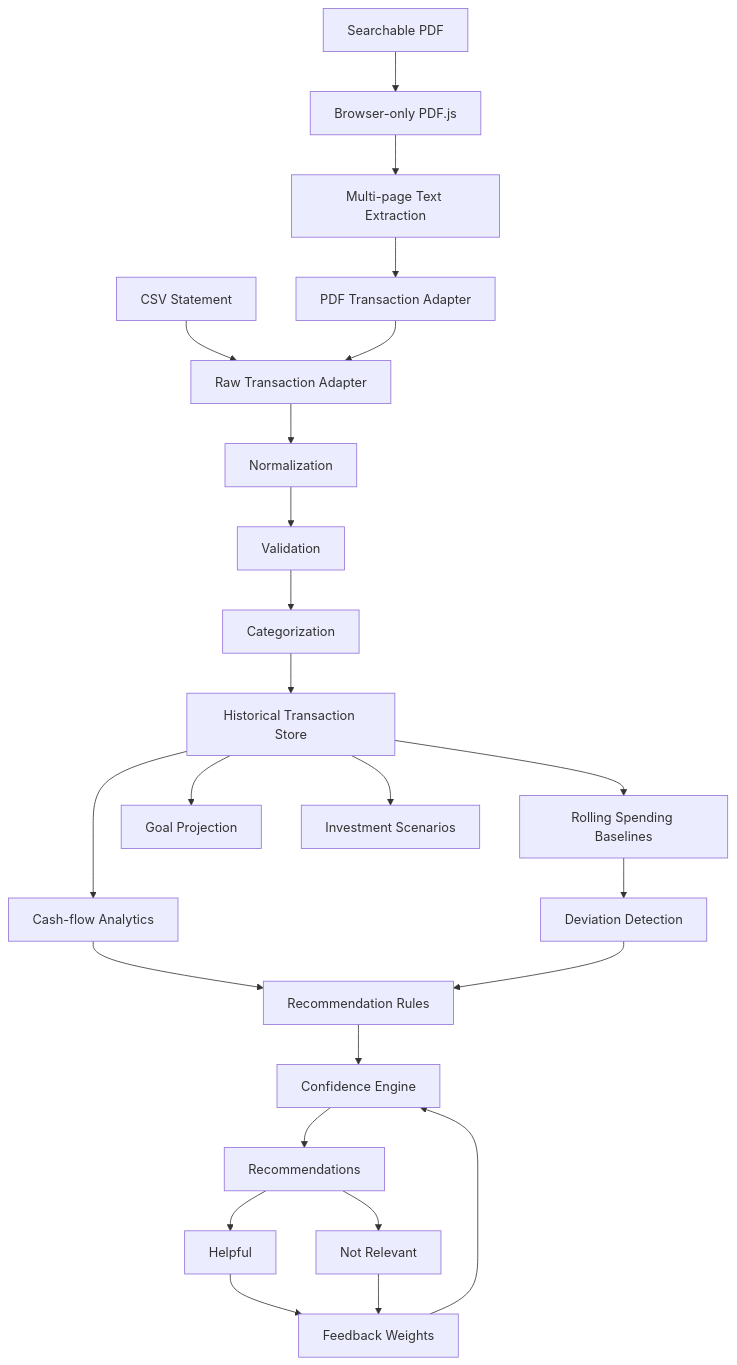
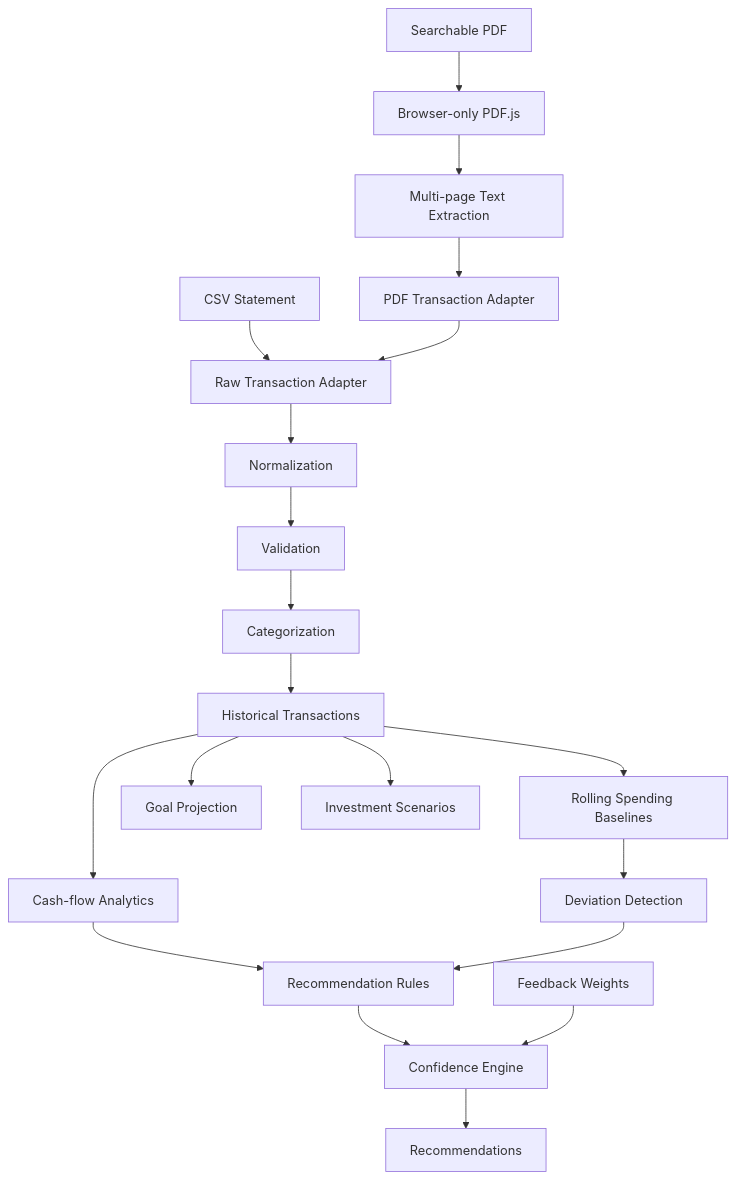
One commit to PerpsAkach/wealth-compass changed the diagram in README.md. Above: the diagram before and after it, drawn with Mermaid. The commit also changed other lines of this file, not shown here.

````diff
--- a/README.md
+++ b/README.md
@@ -40,30 +56,26 @@
 ```mermaid
 flowchart TD
     A[CSV Statement] --> C[Raw Transaction Adapter]
     B[Searchable PDF] --> B1[Browser-only PDF.js]
     B1 --> B2[Multi-page Text Extraction]
     B2 --> B3[PDF Transaction Adapter]
     B3 --> C
 
     C --> D[Normalization]
     D --> E[Validation]
     E --> F[Categorization]
-    F --> G[Historical Transaction Store]
+    F --> G[Historical Transactions]
 
     G --> H[Cash-flow Analytics]
     G --> I[Rolling Spending Baselines]
     I --> J[Deviation Detection]
 
     H --> K[Recommendation Rules]
     J --> K
     K --> L[Confidence Engine]
     M[Feedback Weights] --> L
     L --> N[Recommendations]
-    N --> O[Helpful]
-    N --> P[Not Relevant]
-    O --> M
-    P --> M
 
     G --> Q[Goal Projection]
     G --> R[Investment Scenarios]
 ```
````
